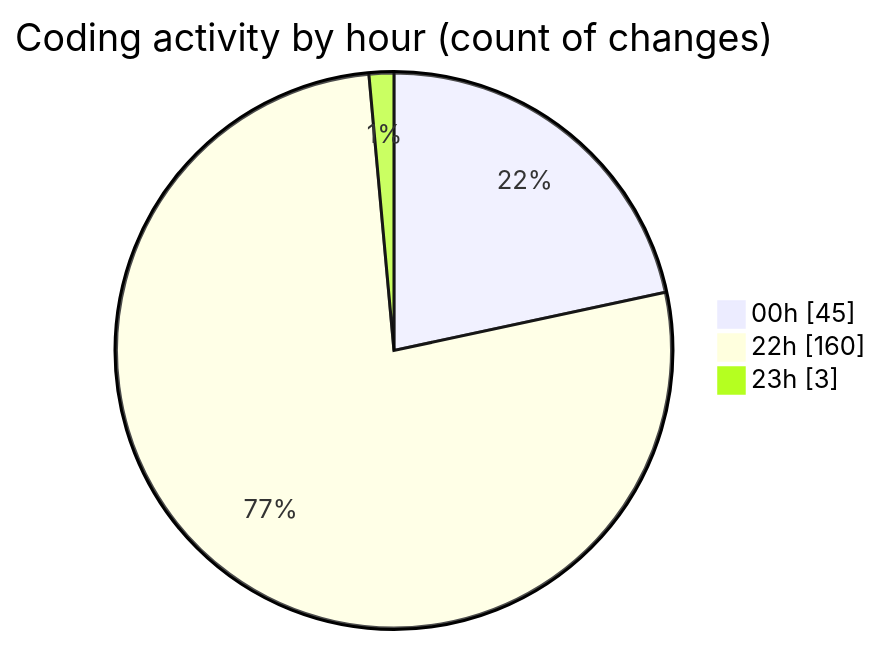
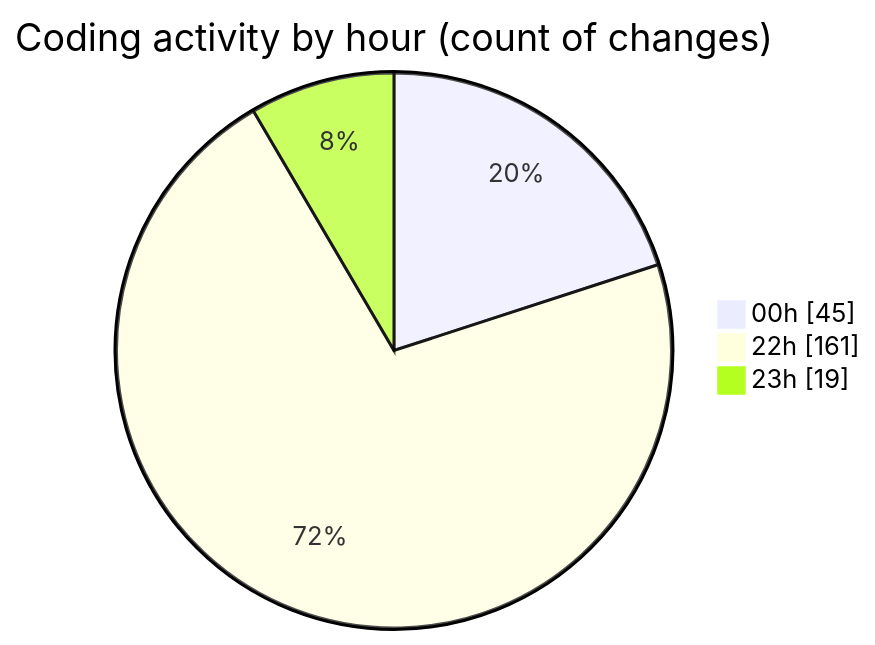
The second of 2 diagrams in 2025-07-29/javascript/README.md (Ritupan-Deka/code-tracking), drawn with Mermaid before and after one commit. The commit also changed other lines of this file and 1 other file, not shown here.

````diff
--- a/2025-07-29/javascript/README.md
+++ b/2025-07-29/javascript/README.md
@@ -29,7 +29,7 @@
 ```mermaid
 pie showData
 title Coding activity by hour (count of changes)
 "00h" : 45
-"22h" : 160
-"23h" : 3
+"22h" : 161
+"23h" : 19
 ```
````
